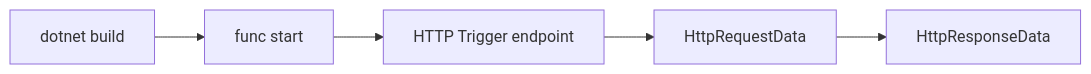
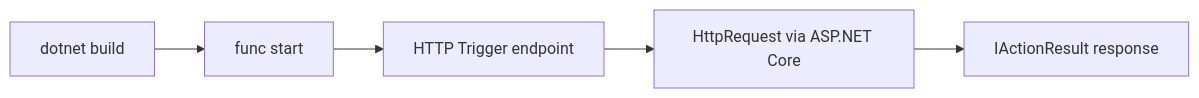
The diagram in docs/language-guides/dotnet/tutorial/consumption/01-local-run.md (yeongseon/azure-functions-practical-guide), drawn with Mermaid before and after one commit. The commit also changed other lines of this file and 7 other files, not shown here.

````diff
--- a/docs/language-guides/dotnet/tutorial/consumption/01-local-run.md
+++ b/docs/language-guides/dotnet/tutorial/consumption/01-local-run.md
@@ -109,7 +34,7 @@
 ```mermaid
 flowchart LR
     A[dotnet build] --> B[func start]
     B --> C[HTTP Trigger endpoint]
-    C --> D[HttpRequestData]
-    D --> E[HttpResponseData]
+    C --> D[HttpRequest via ASP.NET Core]
+    D --> E[IActionResult response]
 ```
````
